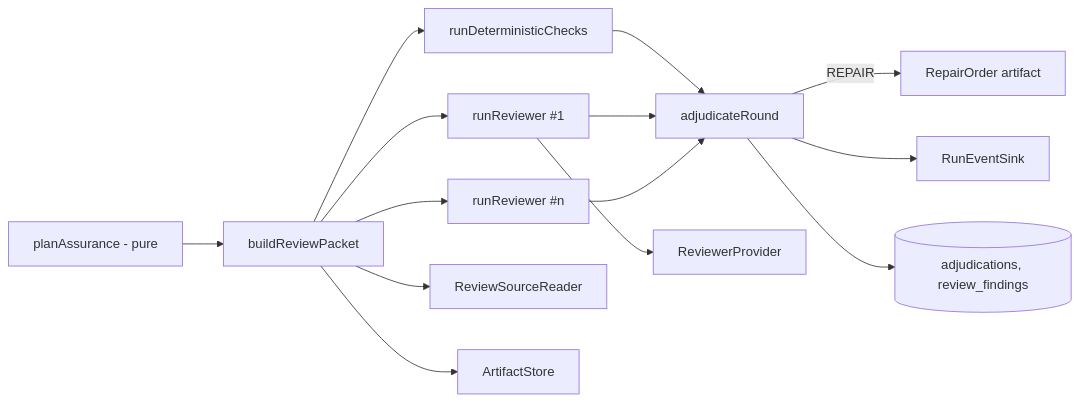
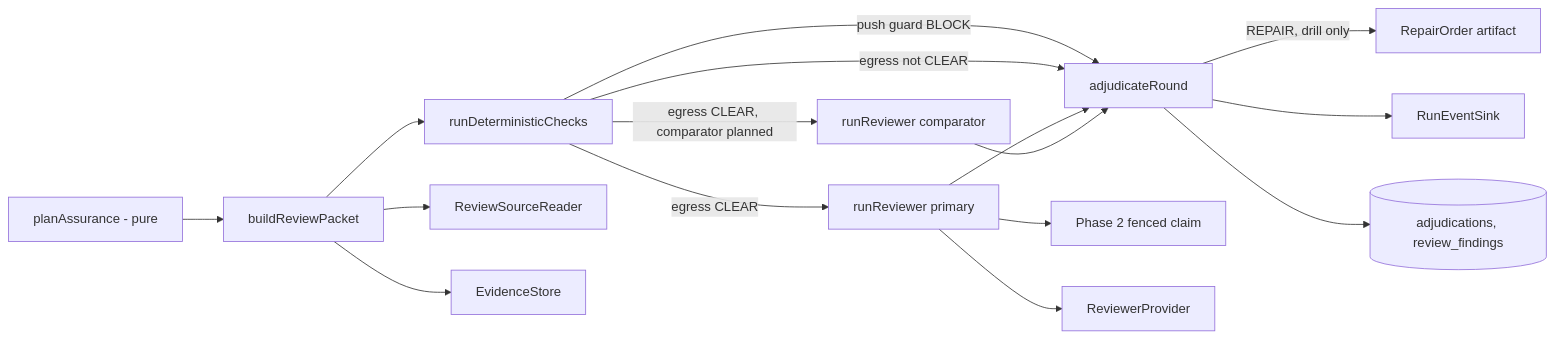
The second of 2 diagrams in docs/implementation/phases/phase-04-architecture.md (xingcorp/asep-enterprise-harness), drawn with Mermaid before and after one commit. The commit also changed other lines of this file and 8 other files, not shown here.

First line of the commit message:
docs(phase-4): adjudicate plan review and lock plan v2

````diff
--- a/docs/implementation/phases/phase-04-architecture.md
+++ b/docs/implementation/phases/phase-04-architecture.md
@@ -54,16 +59,18 @@
 ```mermaid
 flowchart LR
   PLAN[planAssurance - pure] --> PKT[buildReviewPacket]
   PKT --> CHK[runDeterministicChecks]
-  PKT --> RV1[runReviewer #1]
-  PKT --> RVn[runReviewer #n]
-  CHK --> ADJ[adjudicateRound]
+  CHK -->|push guard BLOCK| ADJ[adjudicateRound]
+  CHK -->|egress not CLEAR| ADJ
+  CHK -->|egress CLEAR| RV1[runReviewer primary]
+  CHK -->|egress CLEAR, comparator planned| RV2[runReviewer comparator]
   RV1 --> ADJ
-  RVn --> ADJ
-  ADJ -->|REPAIR| RO[RepairOrder artifact]
+  RV2 --> ADJ
+  ADJ -->|REPAIR, drill only| RO[RepairOrder artifact]
   ADJ --> EV[RunEventSink]
   ADJ --> REC[(adjudications, review_findings)]
+  RV1 --> FENCE[Phase 2 fenced claim]
+  RV1 --> RP[ReviewerProvider]
   PKT --> SRC[ReviewSourceReader]
-  PKT --> AST[ArtifactStore]
-  RV1 --> RP[ReviewerProvider]
+  PKT --> EVD[EvidenceStore]
 ```
````
